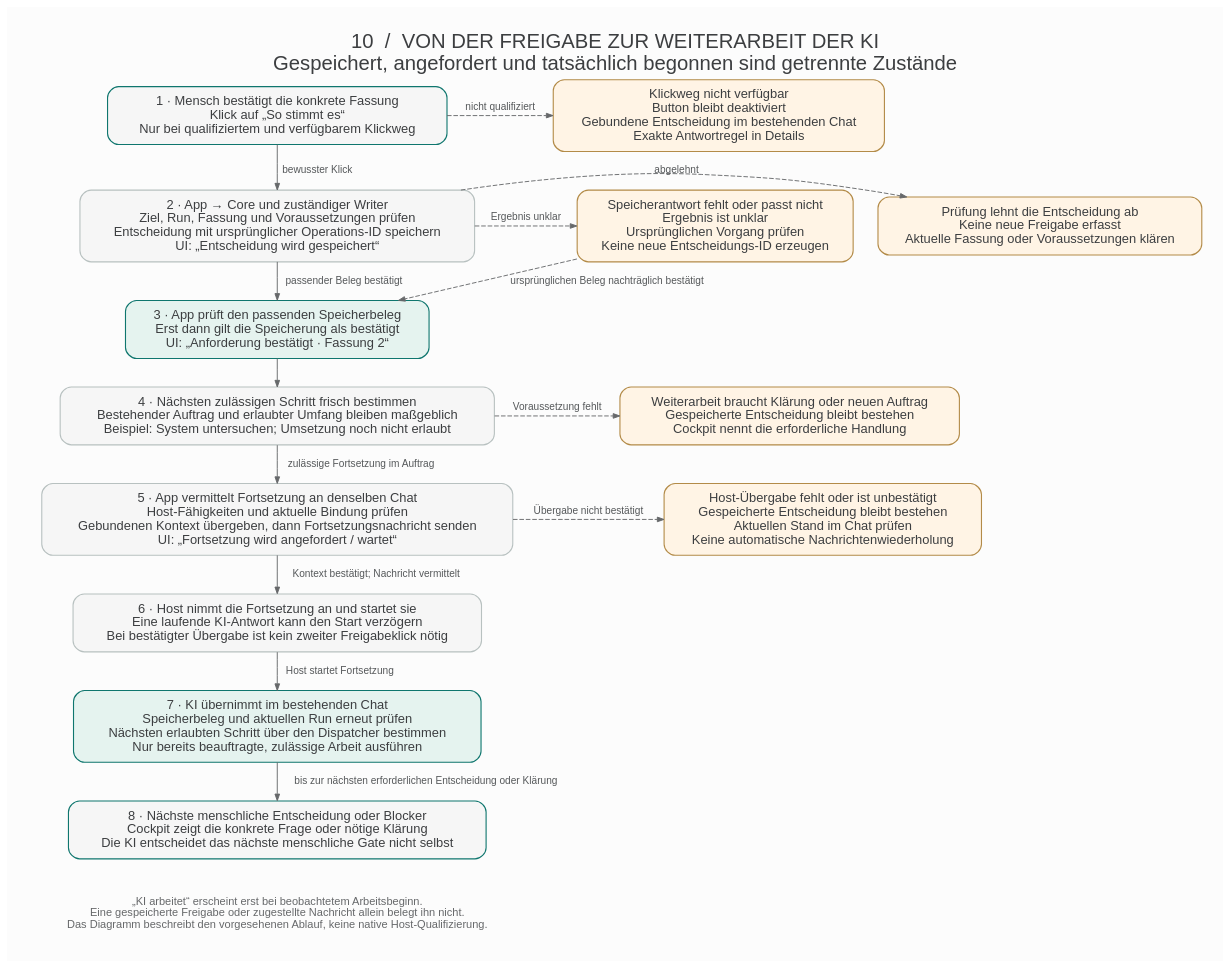
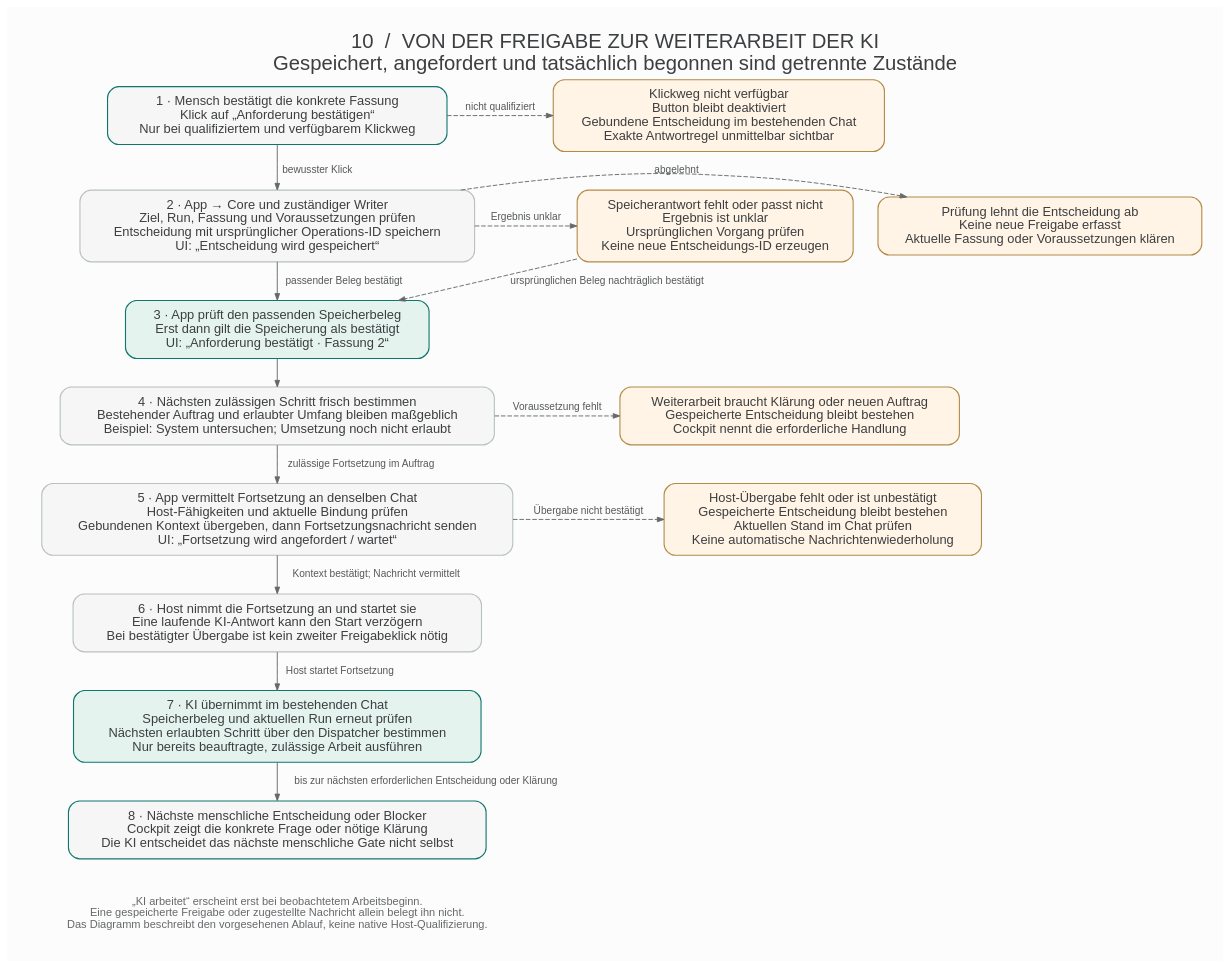
The diagram in docs/architecture/diagrams/10-freigabe-ki-fortsetzung.dot (ArndtGold/ai-native-governance-delivery-framework), drawn with Graphviz before and after one commit. The commit also changed 270 other files, not shown here.

```diff
--- a/docs/architecture/diagrams/10-freigabe-ki-fortsetzung.dot
+++ b/docs/architecture/diagrams/10-freigabe-ki-fortsetzung.dot
@@ -1,45 +1,45 @@
 digraph freigabe_ki_fortsetzung {
   graph [rankdir=TB, bgcolor="#fcfcfc", pad=0.32, nodesep=0.38, ranksep=0.40,
     fontname="Helvetica", fontsize=22, fontcolor="#3c3e40", labelloc=t,
     label="10  /  VON DER FREIGABE ZUR WEITERARBEIT DER KI\nGespeichert, angefordert und tatsächlich begonnen sind getrennte Zustände"];
   node [shape=box, style="rounded,filled", fillcolor="#f6f6f6", color="#b8c1c0",
     fontname="Helvetica", fontsize=14, fontcolor="#3c3e40", margin="0.18,0.13", penwidth=1.2];
   edge [color="#66686a", fontname="Helvetica", fontsize=11, fontcolor="#55585a", arrowsize=0.72];
 
-  click [label="1 · Mensch bestätigt die konkrete Fassung\nKlick auf „So stimmt es“\nNur bei qualifiziertem und verfügbarem Klickweg", color="#0f766e"];
+  click [label="1 · Mensch bestätigt die konkrete Fassung\nKlick auf „Anforderung bestätigen“\nNur bei qualifiziertem und verfügbarem Klickweg", color="#0f766e"];
   record [label="2 · App → Core und zuständiger Writer\nZiel, Run, Fassung und Voraussetzungen prüfen\nEntscheidung mit ursprünglicher Operations-ID speichern\nUI: „Entscheidung wird gespeichert“"];
   saved [label="3 · App prüft den passenden Speicherbeleg\nErst dann gilt die Speicherung als bestätigt\nUI: „Anforderung bestätigt · Fassung 2“", fillcolor="#e5f3ef", color="#0f766e"];
   next [label="4 · Nächsten zulässigen Schritt frisch bestimmen\nBestehender Auftrag und erlaubter Umfang bleiben maßgeblich\nBeispiel: System untersuchen; Umsetzung noch nicht erlaubt"];
   handoff [label="5 · App vermittelt Fortsetzung an denselben Chat\nHost-Fähigkeiten und aktuelle Bindung prüfen\nGebundenen Kontext übergeben, dann Fortsetzungsnachricht senden\nUI: „Fortsetzung wird angefordert / wartet“"];
   host [label="6 · Host nimmt die Fortsetzung an und startet sie\nEine laufende KI-Antwort kann den Start verzögern\nBei bestätigter Übergabe ist kein zweiter Freigabeklick nötig"];
   agent [label="7 · KI übernimmt im bestehenden Chat\nSpeicherbeleg und aktuellen Run erneut prüfen\nNächsten erlaubten Schritt über den Dispatcher bestimmen\nNur bereits beauftragte, zulässige Arbeit ausführen", fillcolor="#e5f3ef", color="#0f766e"];
   human [label="8 · Nächste menschliche Entscheidung oder Blocker\nCockpit zeigt die konkrete Frage oder nötige Klärung\nDie KI entscheidet das nächste menschliche Gate nicht selbst", color="#0f766e"];
 
-  chat_only [label="Klickweg nicht verfügbar\nButton bleibt deaktiviert\nGebundene Entscheidung im bestehenden Chat\nExakte Antwortregel in Details", fillcolor="#fff4e5", color="#b38b48"];
+  chat_only [label="Klickweg nicht verfügbar\nButton bleibt deaktiviert\nGebundene Entscheidung im bestehenden Chat\nExakte Antwortregel unmittelbar sichtbar", fillcolor="#fff4e5", color="#b38b48"];
   rejected [label="Prüfung lehnt die Entscheidung ab\nKeine neue Freigabe erfasst\nAktuelle Fassung oder Voraussetzungen klären", fillcolor="#fff4e5", color="#b38b48"];
   uncertain [label="Speicherantwort fehlt oder passt nicht\nErgebnis ist unklar\nUrsprünglichen Vorgang prüfen\nKeine neue Entscheidungs-ID erzeugen", fillcolor="#fff4e5", color="#b38b48"];
   hold [label="Weiterarbeit braucht Klärung oder neuen Auftrag\nGespeicherte Entscheidung bleibt bestehen\nCockpit nennt die erforderliche Handlung", fillcolor="#fff4e5", color="#b38b48"];
   unavailable [label="Host-Übergabe fehlt oder ist unbestätigt\nGespeicherte Entscheidung bleibt bestehen\nAktuellen Stand im Chat prüfen\nKeine automatische Nachrichtenwiederholung", fillcolor="#fff4e5", color="#b38b48"];
   activity [shape=plaintext, style="", label="„KI arbeitet“ erscheint erst bei beobachtetem Arbeitsbeginn.\nEine gespeicherte Freigabe oder zugestellte Nachricht allein belegt ihn nicht.\nDas Diagramm beschreibt den vorgesehenen Ablauf, keine native Host-Qualifizierung.", fontsize=12, fontcolor="#66686a"];
 
   click -> record [label="bewusster Klick"];
   record -> saved [label="passender Beleg bestätigt"];
   saved -> next;
   next -> handoff [label="zulässige Fortsetzung im Auftrag"];
   handoff -> host [label="Kontext bestätigt; Nachricht vermittelt"];
   host -> agent [label="Host startet Fortsetzung"];
   agent -> human [label="bis zur nächsten erforderlichen Entscheidung oder Klärung"];
   human -> activity [style=invis];
 
   click -> chat_only [label="nicht qualifiziert", style=dashed];
   record -> rejected [label="abgelehnt", style=dashed];
   record -> uncertain [label="Ergebnis unklar", style=dashed];
   next -> hold [label="Voraussetzung fehlt", style=dashed];
   handoff -> unavailable [label="Übergabe nicht bestätigt", style=dashed];
   uncertain -> saved [label="ursprünglichen Beleg nachträglich bestätigt", style=dashed, constraint=false];
 
   { rank=same; click; chat_only; }
   { rank=same; record; rejected; uncertain; }
   { rank=same; next; hold; }
   { rank=same; handoff; unavailable; }
 }
```
